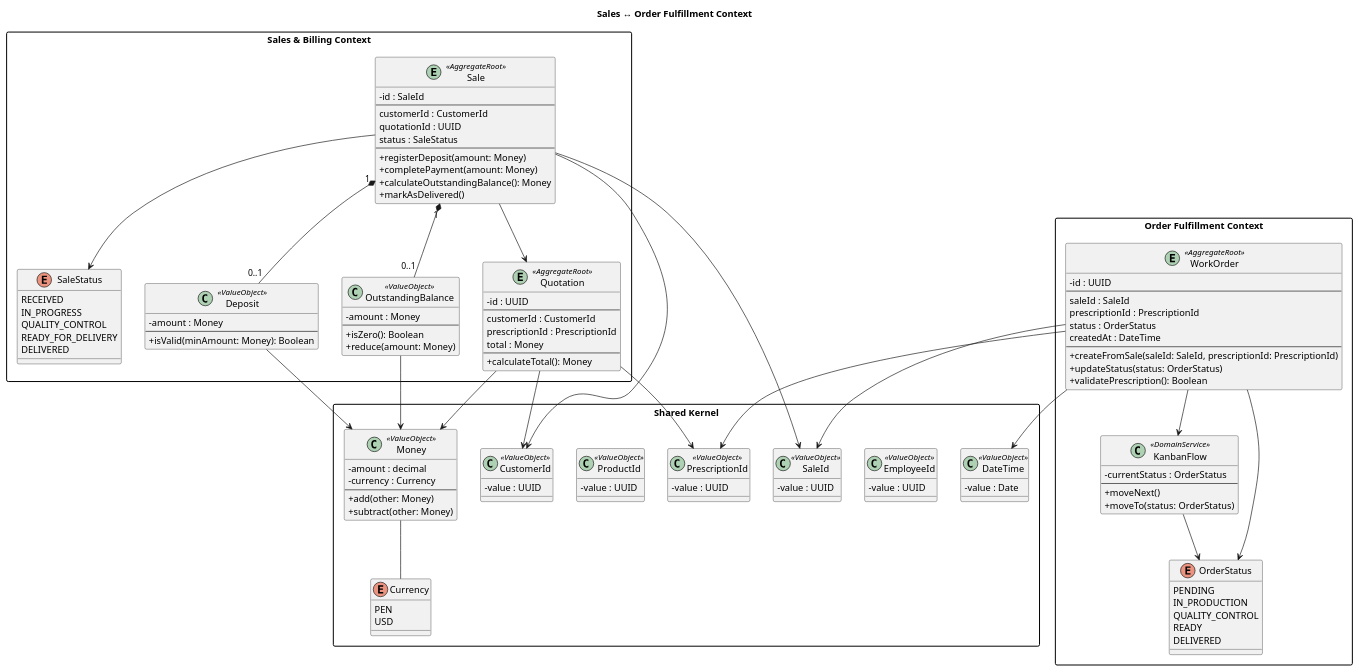
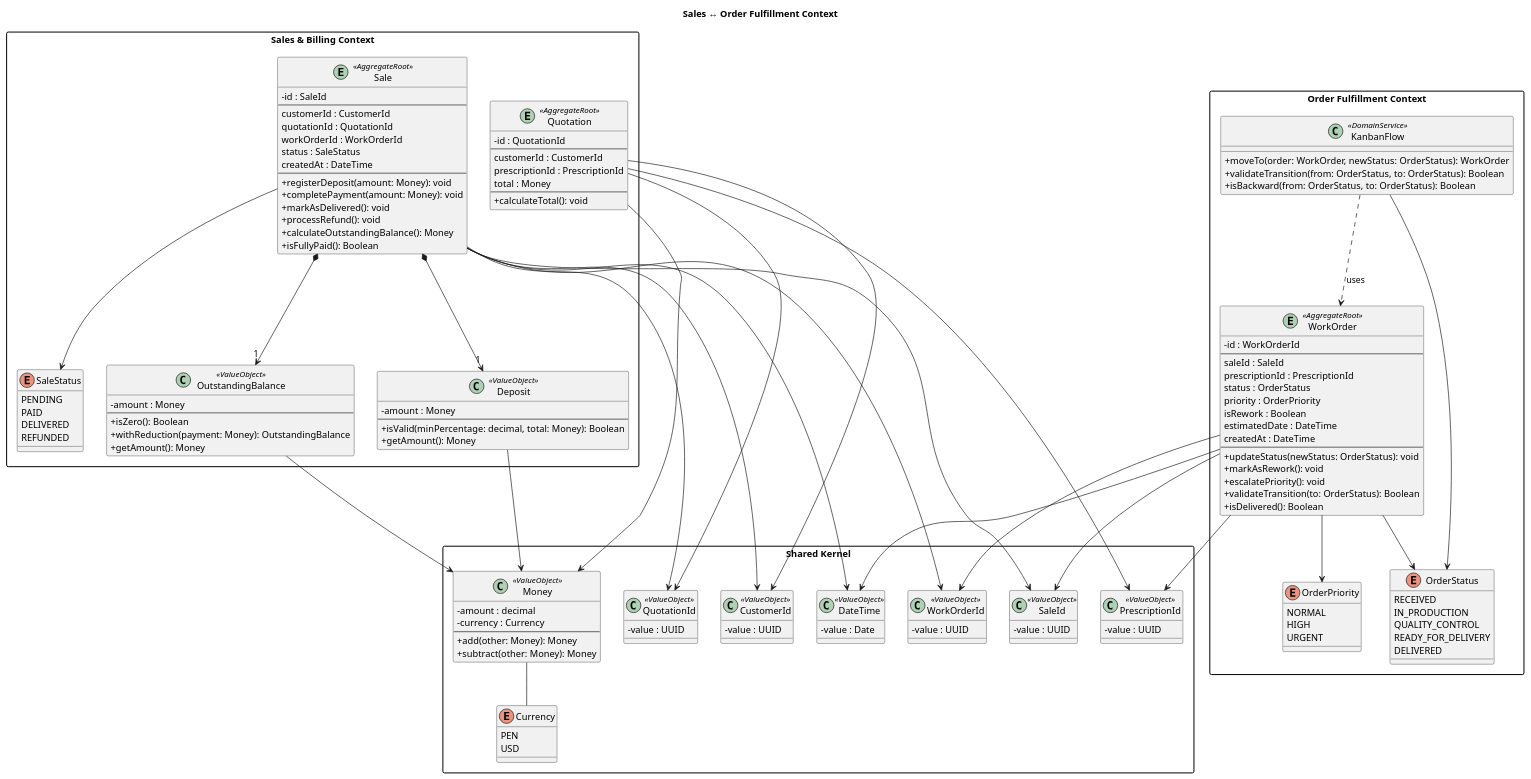
Before and after one commit to 1asi0730-2610-10203-OptiFlow/OptiFlow-Report-Stable: the diagram in docs/class-diagrams-backend/class-diagram-sales-order-fulfillment.puml, drawn with PlantUML. The commit also changed 5 other files, not shown here.

Commit message:
docs(backend-diagrams): update backend class diagrams

```diff
--- a/docs/class-diagrams-backend/class-diagram-sales-order-fulfillment.puml
+++ b/docs/class-diagrams-backend/class-diagram-sales-order-fulfillment.puml
@@ -1,140 +1,145 @@
 @startuml
 title Sales ↔ Order Fulfillment Context
 skinparam classAttributeIconSize 0
 skinparam packageStyle rectangle
 
 package "Shared Kernel" {
 class "CustomerId" <<ValueObject>> {
 - value : UUID
 }
-class "EmployeeId" <<ValueObject>> {
-- value : UUID
-}
 class "SaleId" <<ValueObject>> {
 - value : UUID
 }
 class "PrescriptionId" <<ValueObject>> {
 - value : UUID
 }
-class "ProductId" <<ValueObject>> {
+class "QuotationId" <<ValueObject>> {
+- value : UUID
+}
+class "WorkOrderId" <<ValueObject>> {
 - value : UUID
 }
 class "DateTime" <<ValueObject>> {
 - value : Date
 }
 class "Money" <<ValueObject>> {
 - amount : decimal
 - currency : Currency
 --
-+ add(other: Money)
-+ subtract(other: Money)
++ add(other: Money): Money
++ subtract(other: Money): Money
 }
 enum Currency {
 PEN
 USD
 }
 Money -- Currency
 }
 
 package "Sales & Billing Context" {
-
 entity "Quotation" <<AggregateRoot>> {
-- id : UUID
+- id : QuotationId
 --
 customerId : CustomerId
 prescriptionId : PrescriptionId
 total : Money
 --
-+ calculateTotal(): Money
++ calculateTotal(): void
 }
-
 entity "Sale" <<AggregateRoot>> {
 - id : SaleId
 --
 customerId : CustomerId
-quotationId : UUID
+quotationId : QuotationId
+workOrderId : WorkOrderId
 status : SaleStatus
+createdAt : DateTime
 --
-+ registerDeposit(amount: Money)
-+ completePayment(amount: Money)
++ registerDeposit(amount: Money): void
++ completePayment(amount: Money): void
++ markAsDelivered(): void
++ processRefund(): void
 + calculateOutstandingBalance(): Money
-+ markAsDelivered()
++ isFullyPaid(): Boolean
 }
-
 class "Deposit" <<ValueObject>> {
 - amount : Money
 --
-+ isValid(minAmount: Money): Boolean
++ isValid(minPercentage: decimal, total: Money): Boolean
++ getAmount(): Money
 }
-
 class "OutstandingBalance" <<ValueObject>> {
 - amount : Money
 --
 + isZero(): Boolean
-+ reduce(amount: Money)
++ withReduction(payment: Money): OutstandingBalance
++ getAmount(): Money
 }
-
 enum SaleStatus {
-RECEIVED
-IN_PROGRESS
-QUALITY_CONTROL
-READY_FOR_DELIVERY
+PENDING
+PAID
 DELIVERED
+REFUNDED
 }
-
+Quotation --> QuotationId
 Quotation --> CustomerId
 Quotation --> PrescriptionId
 Quotation --> Money
-
 Sale --> SaleId
 Sale --> CustomerId
+Sale --> QuotationId
+Sale --> WorkOrderId
 Sale --> SaleStatus
-Sale --> Quotation
-
-Sale "1" *-- "0..1" Deposit
-Sale "1" *-- "0..1" OutstandingBalance
-
+Sale --> DateTime
+Sale *--> "1" Deposit
+Sale *--> "1" OutstandingBalance
 Deposit --> Money
 OutstandingBalance --> Money
 }
 
 package "Order Fulfillment Context" {
-
 entity "WorkOrder" <<AggregateRoot>> {
-- id : UUID
+- id : WorkOrderId
 --
 saleId : SaleId
 prescriptionId : PrescriptionId
 status : OrderStatus
+priority : OrderPriority
+isRework : Boolean
+estimatedDate : DateTime
 createdAt : DateTime
 --
-+ createFromSale(saleId: SaleId, prescriptionId: PrescriptionId)
-+ updateStatus(status: OrderStatus)
-+ validatePrescription(): Boolean
++ updateStatus(newStatus: OrderStatus): void
++ markAsRework(): void
++ escalatePriority(): void
++ validateTransition(to: OrderStatus): Boolean
++ isDelivered(): Boolean
 }
-
 class "KanbanFlow" <<DomainService>> {
-- currentStatus : OrderStatus
---
-+ moveNext()
-+ moveTo(status: OrderStatus)
++ moveTo(order: WorkOrder, newStatus: OrderStatus): WorkOrder
++ validateTransition(from: OrderStatus, to: OrderStatus): Boolean
++ isBackward(from: OrderStatus, to: OrderStatus): Boolean
 }
-
 enum OrderStatus {
-PENDING
+RECEIVED
 IN_PRODUCTION
 QUALITY_CONTROL
-READY
+READY_FOR_DELIVERY
 DELIVERED
 }
-
+enum OrderPriority {
+NORMAL
+HIGH
+URGENT
+}
+WorkOrder --> WorkOrderId
 WorkOrder --> SaleId
 WorkOrder --> PrescriptionId
 WorkOrder --> OrderStatus
+WorkOrder --> OrderPriority
 WorkOrder --> DateTime
-
+KanbanFlow ..> WorkOrder : uses
 KanbanFlow --> OrderStatus
-WorkOrder --> KanbanFlow
 }
 
 @enduml
```
